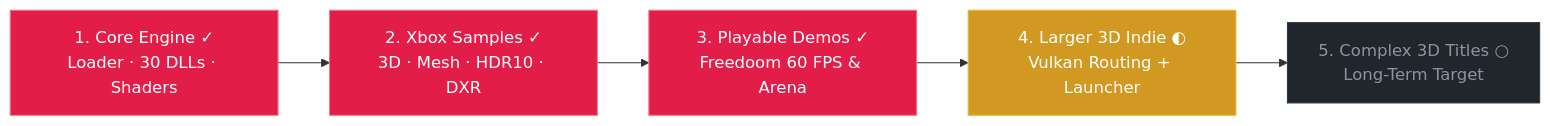
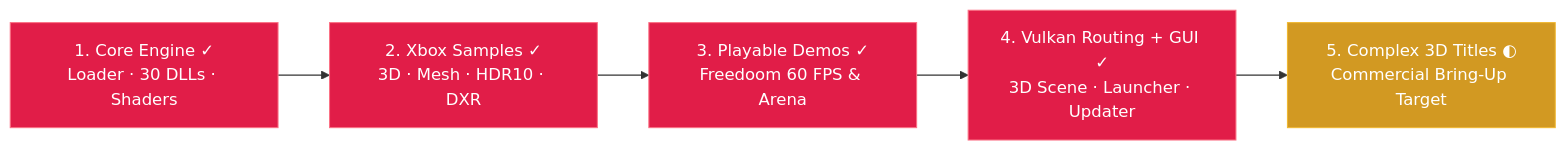
The first of 2 diagrams in README.md (HFASLTO117/OpenScarlett), drawn with Mermaid before and after one commit. The commit also changed other lines of this file and 12 other files, not shown here.

Commit message:
feat(sprint7): integrate Wave 2 native Win32/D2D OpenScarlettLauncher GUI, 60s hardware tester & BCrypt SHA-256 updater (42/42 CTest)

````diff
--- a/README.md
+++ b/README.md
@@ -24,13 +24,13 @@
 ```mermaid
 flowchart LR
     S1["1. Core Engine ✓\nLoader · 30 DLLs · Shaders"] --> S2["2. Xbox Samples ✓\n3D · Mesh · HDR10 · DXR"]
     S2 --> S3["3. Playable Demos ✓\nFreedoom 60 FPS & Arena"]
-    S3 --> S4["4. Larger 3D Indie ◐\nVulkan Routing + Launcher"]
-    S4 --> S5["5. Complex 3D Titles ○\nLong-Term Target"]
+    S3 --> S4["4. Vulkan Routing + GUI ✓\n3D Scene · Launcher · Updater"]
+    S4 --> S5["5. Complex 3D Titles ◐\nCommercial Bring-Up Target"]
 
     style S1 fill:#e11d48,stroke:#fb7185,color:#ffffff
     style S2 fill:#e11d48,stroke:#fb7185,color:#ffffff
     style S3 fill:#e11d48,stroke:#fb7185,color:#ffffff
-    style S4 fill:#d29922,stroke:#f0b72f,color:#ffffff
-    style S5 fill:#21262d,stroke:#30363d,color:#8b949e
+    style S4 fill:#e11d48,stroke:#fb7185,color:#ffffff
+    style S5 fill:#d29922,stroke:#f0b72f,color:#ffffff
 ```
````
